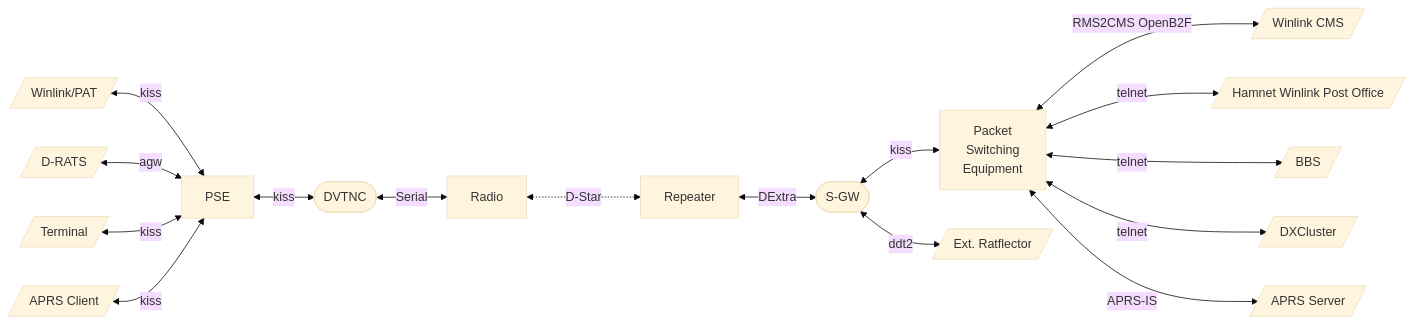
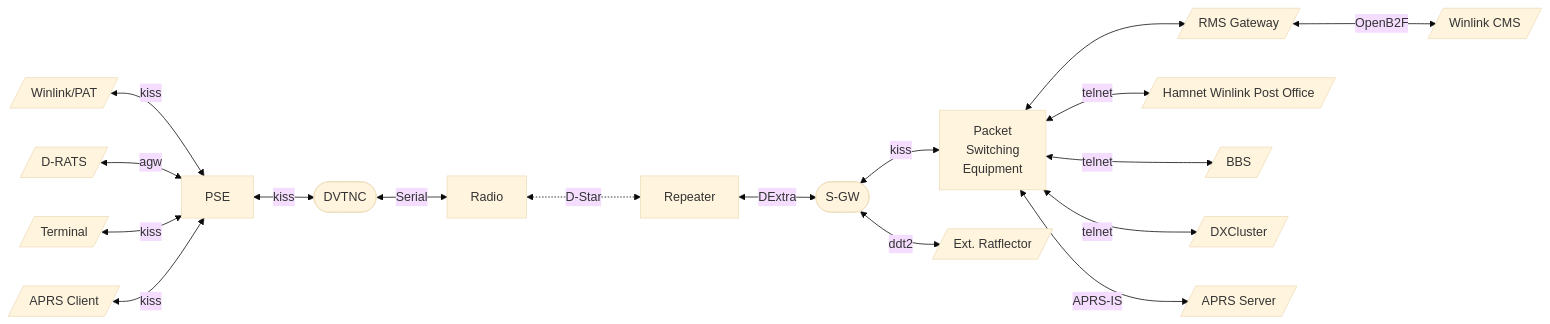
The diagram in README.md (dscp46/dsgw), drawn with Mermaid (base theme) before and after one commit.

````diff
--- a/README.md
+++ b/README.md
@@ -17,18 +17,19 @@
 ```mermaid
 flowchart LR
     wl2k[/Winlink/PAT/] <-->|kiss| pse_c[PSE]
     rat[/D-RATS/] <-->|agw| pse_c
     term[/Terminal/] <-->|kiss| pse_c
     apc[/APRS Client/] <-->|kiss| pse_c
     pse_c <-->|kiss| tnc@{ shape: stadium, label: "DVTNC"}
     tnc <-->|Serial| radio[Radio]
     radio <-..->|D-Star| rptr[Repeater]
     rptr <-->|DExtra| dsgw@{ shape: stadium, label: "S-GW"}
     dsgw <--> |kiss|pse_s[Packet<br>Switching<br>Equipment]
-    pse_s <-->|RMS2CMS OpenB2F| cms[/Winlink CMS/]
+    pse_s <--> rmsgw[/RMS Gateway/]
+    rmsgw <--> |OpenB2F| cms[/Winlink CMS/]
     pse_s <-->|telnet| wlpo[/Hamnet Winlink Post Office/]
     pse_s <-->|telnet| bbs[/BBS/]
     pse_s <-->|telnet| dxc[/DXCluster/]
     pse_s <-->|APRS-IS| abk[/APRS Server/]
     dsgw <--> |ddt2| rfl[/Ext. Ratflector/]
 ```
````
